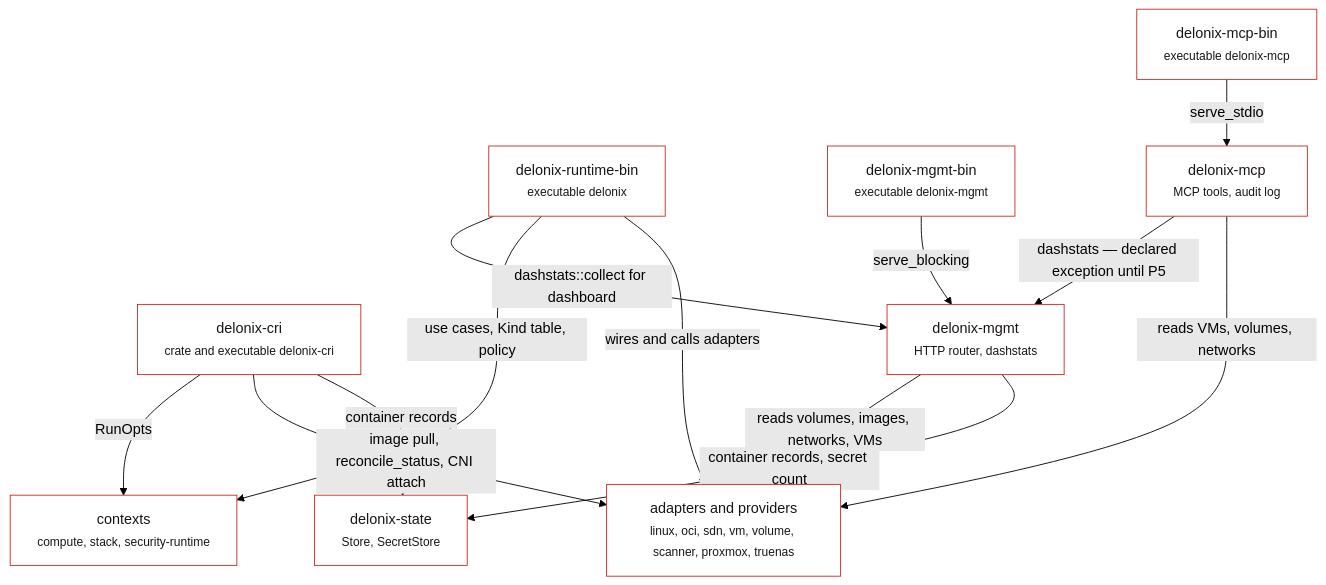
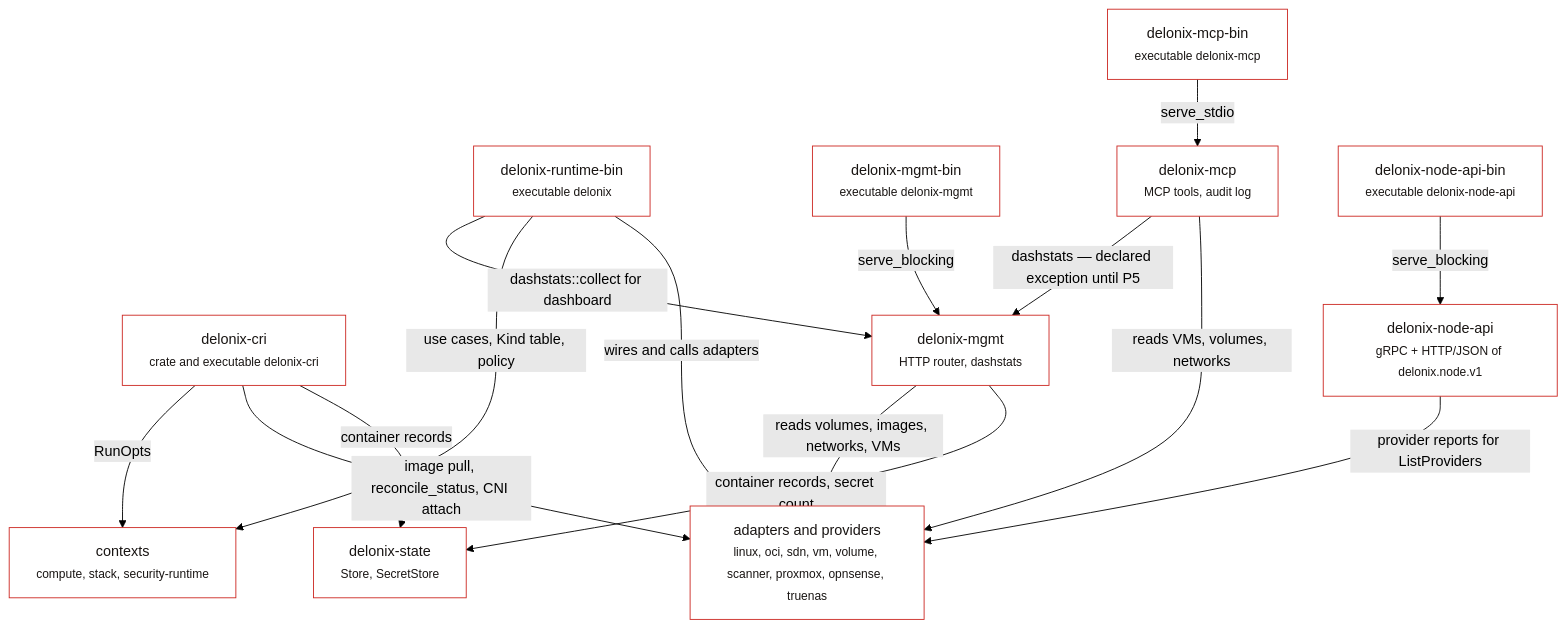
Before and after one commit to angolardevops/delonix-runtime: the eighth of 11 diagrams in docs/dev/architecture.md, drawn with Mermaid (forest theme). The commit also changed other lines of this file and 176 other files, not shown here.

````diff
--- a/docs/dev/architecture.md
+++ b/docs/dev/architecture.md
@@ -595,30 +631,34 @@
 ```mermaid
 flowchart TB
   RB["delonix-runtime-bin<br/><small>executable delonix</small>"]
   MB["delonix-mgmt-bin<br/><small>executable delonix-mgmt</small>"]
   PB["delonix-mcp-bin<br/><small>executable delonix-mcp</small>"]
   CRI["delonix-cri<br/><small>crate and executable delonix-cri</small>"]
   MG["delonix-mgmt<br/><small>HTTP router, dashstats</small>"]
   MC["delonix-mcp<br/><small>MCP tools, audit log</small>"]
   CX["contexts<br/><small>compute, stack, security-runtime</small>"]
-  AD["adapters and providers<br/><small>linux, oci, sdn, vm, volume, scanner, proxmox, truenas</small>"]
+  NB["delonix-node-api-bin<br/><small>executable delonix-node-api</small>"]
+  NA["delonix-node-api<br/><small>gRPC + HTTP/JSON of delonix.node.v1</small>"]
+  AD["adapters and providers<br/><small>linux, oci, sdn, vm, volume, scanner, proxmox, opnsense, truenas</small>"]
   ST["delonix-state<br/><small>Store, SecretStore</small>"]
   MB -->|"serve_blocking"| MG
+  NB -->|"serve_blocking"| NA
+  NA -->|"provider reports for ListProviders"| AD
   PB -->|"serve_stdio"| MC
   RB -->|"dashstats::collect for dashboard"| MG
   MC -->|"dashstats — declared exception until P5"| MG
   RB -->|"use cases, Kind table, policy"| CX
   RB -->|"wires and calls adapters"| AD
   CRI -->|"RunOpts"| CX
   CRI -->|"image pull, reconcile_status, CNI attach"| AD
   MG -->|"reads volumes, images, networks, VMs"| AD
   MC -->|"reads VMs, volumes, networks"| AD
   CRI -->|"container records"| ST
   MG -->|"container records, secret count"| ST
-  class RB,MB,PB,CRI,MG,MC,CX,AD,ST block
+  class RB,MB,PB,NB,CRI,MG,MC,NA,CX,AD,ST block
 classDef person fill:#191513,stroke:#191513,color:#ffffff
 classDef engine fill:#cc2823,stroke:#8f1b17,color:#ffffff
 classDef block fill:#ffffff,stroke:#cc2823,color:#191513
 classDef external fill:#e1ddda,stroke:#8a817c,color:#191513
 classDef store fill:#2390c8,stroke:#17618a,color:#ffffff
 ```
````
